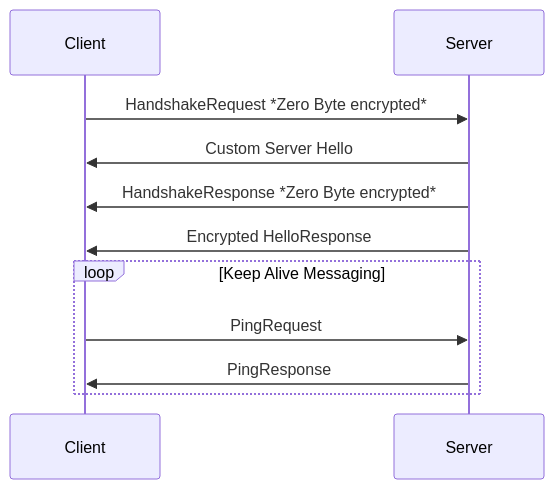
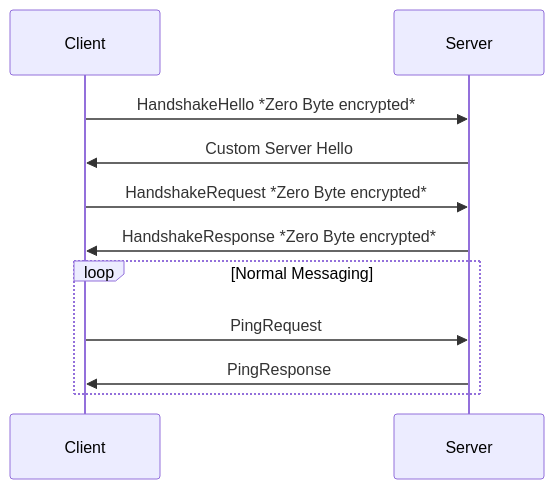
One commit to UbiHome/esphome-native-api changed the second of 6 diagrams in documentation/docs/native_api/encryption.md. Above: the diagram before and after it, drawn with Mermaid. The commit also changed other lines of this file and 13 other files, not shown here.

````diff
--- a/documentation/docs/native_api/encryption.md
+++ b/documentation/docs/native_api/encryption.md
@@ -34,13 +34,13 @@
 ```mermaid
 sequenceDiagram
+    Client->>Server: HandshakeHello *Zero Byte encrypted*
+    Server->>Client: Custom Server Hello
     Client->>Server: HandshakeRequest *Zero Byte encrypted*
-    Server->>Client: Custom Server Hello
     Server->>Client: HandshakeResponse *Zero Byte encrypted*
-    Server->>Client: Encrypted HelloResponse
 
-    loop Keep Alive Messaging
+    loop Normal Messaging
         Client->>Server: PingRequest
         Server->>Client: PingResponse
     end
 
 ```
````
